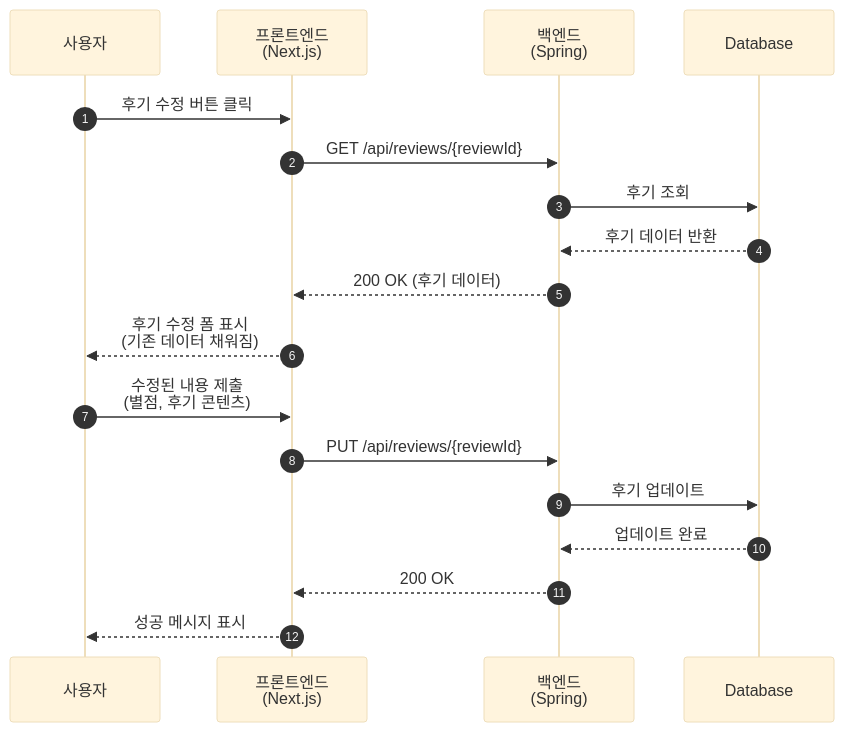
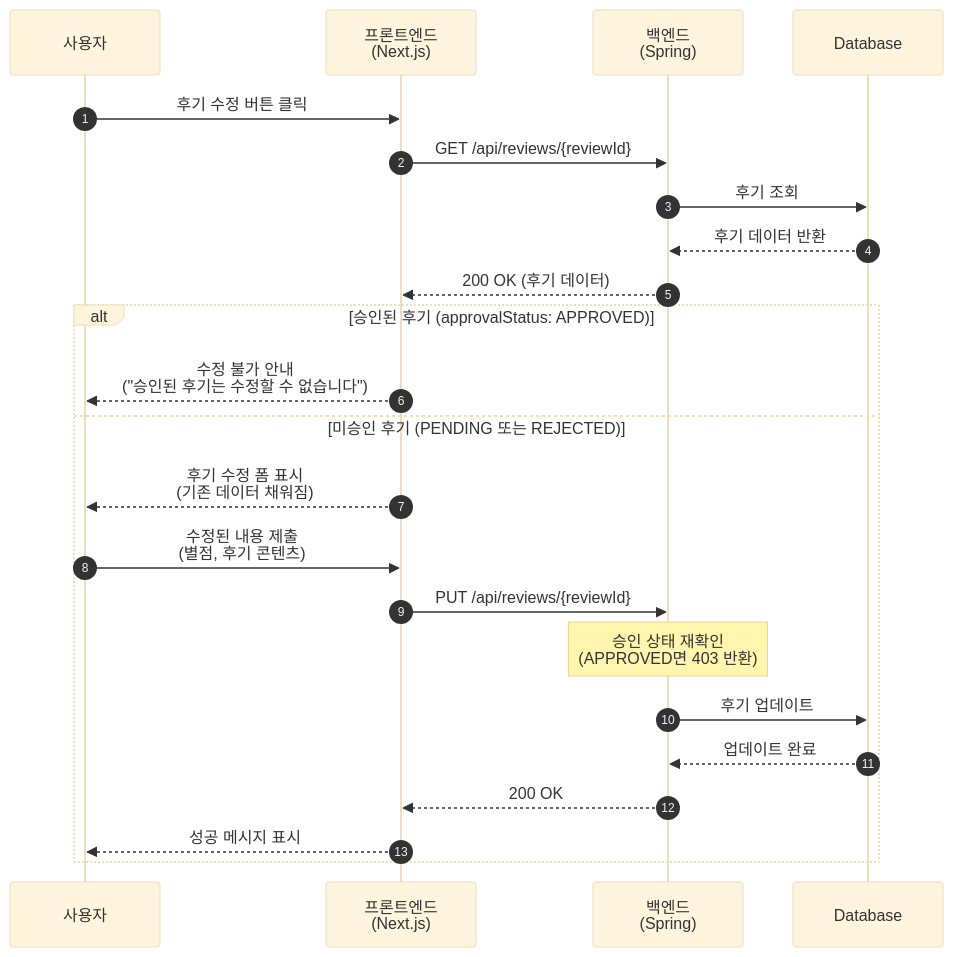
The fourth of 5 diagrams in sequence/review/review_diagram.md (sw-campus/sw-campus-docs), drawn with Mermaid (base theme) before and after one commit. The commit also changed other lines of this file and 3 other files, not shown here.

````diff
--- a/sequence/review/review_diagram.md
+++ b/sequence/review/review_diagram.md
@@ -122,22 +126,29 @@
 ```mermaid
 sequenceDiagram
     autonumber
     participant User as 사용자
     participant Frontend as 프론트엔드<br/>(Next.js)
     participant Backend as 백엔드<br/>(Spring)
     participant DB as Database
 
     User->>Frontend: 후기 수정 버튼 클릭
     Frontend->>Backend: GET /api/reviews/{reviewId}
     Backend->>DB: 후기 조회
     DB-->>Backend: 후기 데이터 반환
     Backend-->>Frontend: 200 OK (후기 데이터)
-    Frontend-->>User: 후기 수정 폼 표시<br/>(기존 데이터 채워짐)
-    
-    User->>Frontend: 수정된 내용 제출<br/>(별점, 후기 콘텐츠)
-    Frontend->>Backend: PUT /api/reviews/{reviewId}
-    Backend->>DB: 후기 업데이트
-    DB-->>Backend: 업데이트 완료
-    Backend-->>Frontend: 200 OK
-    Frontend-->>User: 성공 메시지 표시
+
+    alt 승인된 후기 (approvalStatus: APPROVED)
+        Frontend-->>User: 수정 불가 안내<br/>("승인된 후기는 수정할 수 없습니다")
+    else 미승인 후기 (PENDING 또는 REJECTED)
+        Frontend-->>User: 후기 수정 폼 표시<br/>(기존 데이터 채워짐)
+        User->>Frontend: 수정된 내용 제출<br/>(별점, 후기 콘텐츠)
+        Frontend->>Backend: PUT /api/reviews/{reviewId}
+        
+        Note over Backend: 승인 상태 재확인<br/>(APPROVED면 403 반환)
+        
+        Backend->>DB: 후기 업데이트
+        DB-->>Backend: 업데이트 완료
+        Backend-->>Frontend: 200 OK
+        Frontend-->>User: 성공 메시지 표시
+    end
 ```
````
